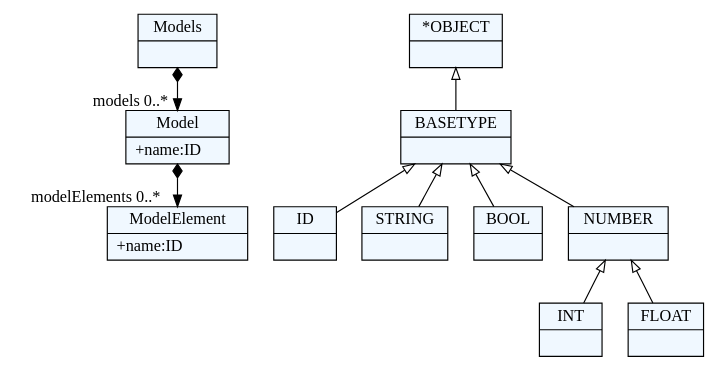
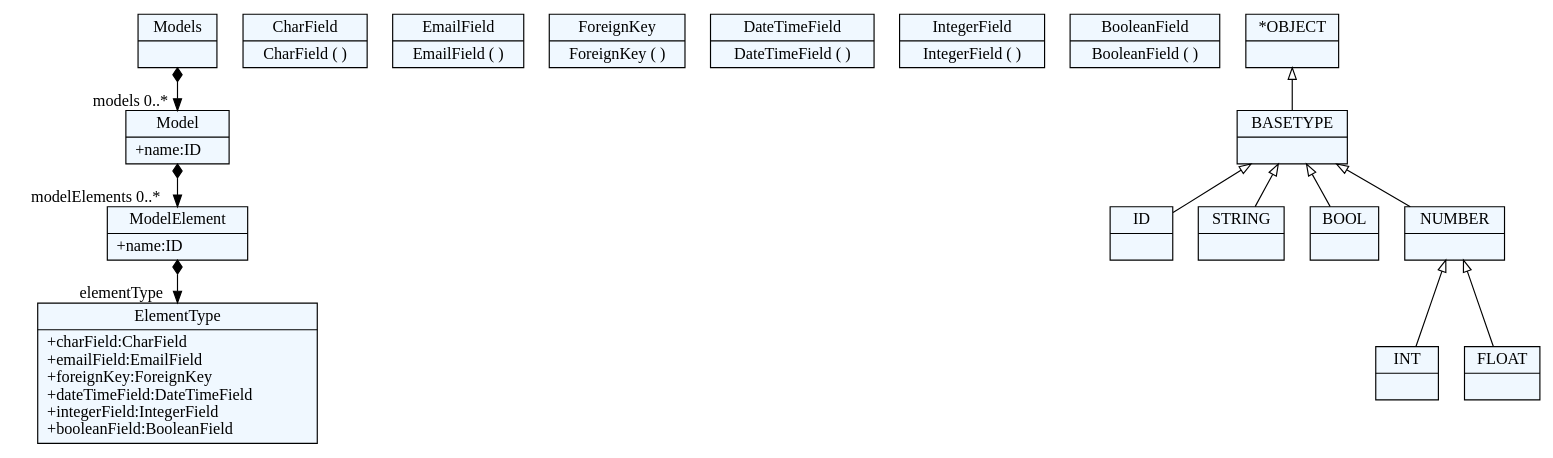
One commit to jovana992/jsd2017 changed the diagram in JSD/grammer.dot. Above: the diagram before and after it, drawn with Graphviz. The commit also changed 4 other files, not shown here.

```diff
--- a/JSD/grammer.dot
+++ b/JSD/grammer.dot
@@ -1,46 +1,61 @@
 
     digraph xtext {
     fontname = "Bitstream Vera Sans"
     fontsize = 8
     node[
         shape=record,
         style=filled,
         fillcolor=aliceblue
     ]
     nodesep = 0.3
     edge[dir=black,arrowtail=empty]
 
 
-2507424439560 -> 2507424429176[arrowtail=diamond, dir=both, headlabel="models 0..*"]
-2507424439560[ label="{Models|}"]
+1345889640920 -> 1345889635256[arrowtail=diamond, dir=both, headlabel="models 0..*"]
+1345889640920[ label="{Models|}"]
 
-2507424429176 -> 2507424428232[arrowtail=diamond, dir=both, headlabel="modelElements 0..*"]
-2507424429176[ label="{Model|+name:ID\l}"]
+1345889635256 -> 1345889643752[arrowtail=diamond, dir=both, headlabel="modelElements 0..*"]
+1345889635256[ label="{Model|+name:ID\l}"]
 
-2507424428232[ label="{ModelElement|+name:ID\l}"]
+1345889643752 -> 1345889638088[arrowtail=diamond, dir=both, headlabel="elementType "]
+1345889643752[ label="{ModelElement|+name:ID\l}"]
 
-2507414462008[ label="{ID|}"]
+1345889638088[ label="{ElementType|+charField:CharField\l+emailField:EmailField\l+foreignKey:ForeignKey\l+dateTimeField:DateTimeField\l+integerField:IntegerField\l+booleanField:BooleanField\l}"]
 
-2507414465784[ label="{STRING|}"]
+1345889649416[ label="{CharField|CharField ( )}"]
 
-2507414473336[ label="{BOOL|}"]
+1345889658856[ label="{EmailField|EmailField ( )}"]
 
-2507414479000[ label="{INT|}"]
+1345889660744[ label="{ForeignKey|ForeignKey ( )}"]
 
-2507414478056[ label="{FLOAT|}"]
+1345889680568[ label="{DateTimeField|DateTimeField ( )}"]
 
-2507424433896[ label="{NUMBER|}"]
-2507424433896 -> 2507414478056 [dir=back]
-2507424433896 -> 2507414479000 [dir=back]
+1345889679624[ label="{IntegerField|IntegerField ( )}"]
 
-2507424441448[ label="{BASETYPE|}"]
-2507424441448 -> 2507424433896 [dir=back]
-2507424441448 -> 2507414473336 [dir=back]
-2507424441448 -> 2507414462008 [dir=back]
-2507424441448 -> 2507414465784 [dir=back]
+1345889681512[ label="{BooleanField|BooleanField ( )}"]
 
-2507424453720[ label="{*OBJECT|}"]
-2507424453720 -> 2507424441448 [dir=back]
+1345889633368[ label="{ID|}"]
+
+1345889634312[ label="{STRING|}"]
+
+1345889604104[ label="{BOOL|}"]
+
+1345889636200[ label="{INT|}"]
+
+1345889651304[ label="{FLOAT|}"]
+
+1345889652248[ label="{NUMBER|}"]
+1345889652248 -> 1345889651304 [dir=back]
+1345889652248 -> 1345889636200 [dir=back]
+
+1345889655080[ label="{BASETYPE|}"]
+1345889655080 -> 1345889652248 [dir=back]
+1345889655080 -> 1345889604104 [dir=back]
+1345889655080 -> 1345889633368 [dir=back]
+1345889655080 -> 1345889634312 [dir=back]
+
+1345889641864[ label="{*OBJECT|}"]
+1345889641864 -> 1345889655080 [dir=back]
 
 
 }
```
